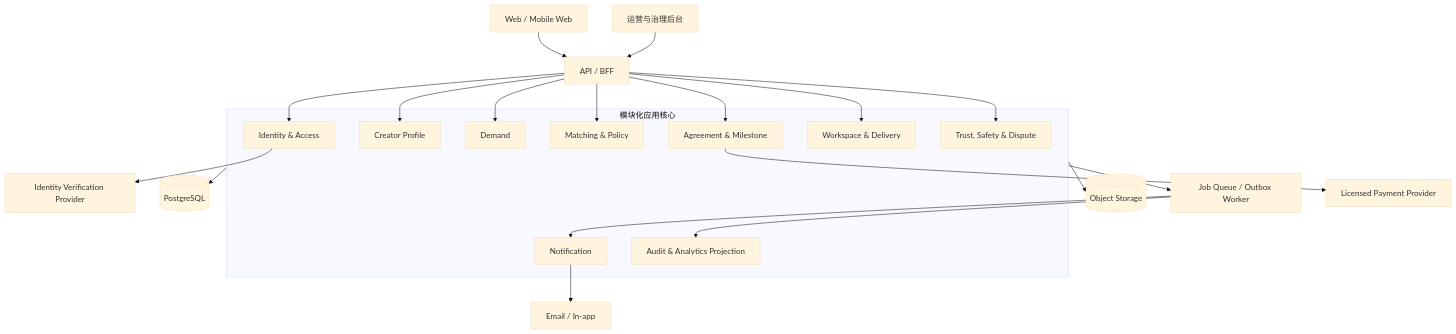
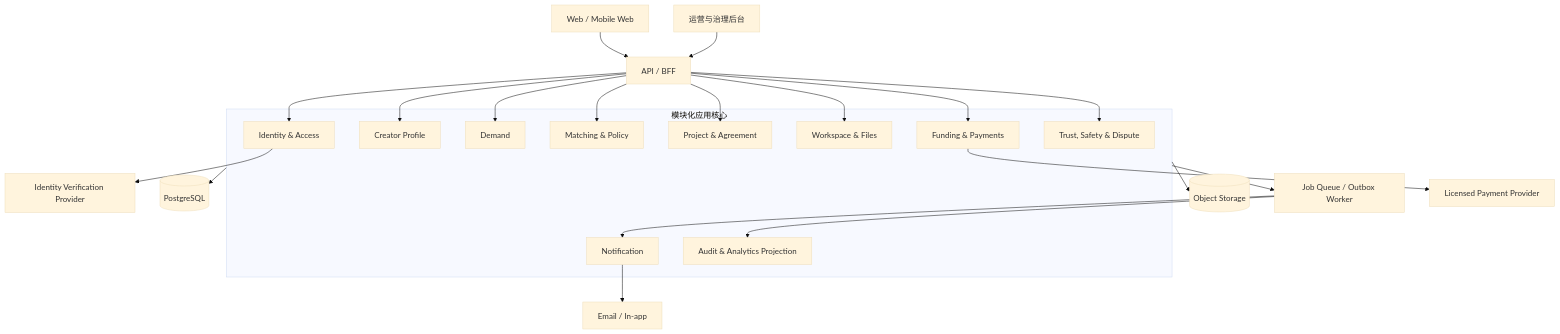
Before and after one commit to BillShiyaoZhang/desire-supply: the diagram in docs/architecture/target-platform.md, drawn with Mermaid (base theme). The commit also changed other lines of this file and 64 other files, not shown here.

Commit message:
docs: document platform architecture and delivery

````diff
--- a/docs/architecture/target-platform.md
+++ b/docs/architecture/target-platform.md
@@ -11,33 +11,35 @@
 ```mermaid
 flowchart TB
     Web["Web / Mobile Web"] --> BFF["API / BFF"]
     Ops["运营与治理后台"] --> BFF
 
     subgraph Core["模块化应用核心"]
       IAM["Identity & Access"]
       PROFILE["Creator Profile"]
       DEMAND["Demand"]
       MATCH["Matching & Policy"]
-      AGREEMENT["Agreement & Milestone"]
-      WORK["Workspace & Delivery"]
+      PROJECT["Project & Agreement"]
+      WORK["Workspace & Files"]
+      PAYMENT["Funding & Payments"]
       TRUST["Trust, Safety & Dispute"]
       NOTIFY["Notification"]
       ANALYTICS["Audit & Analytics Projection"]
     end
 
     BFF --> IAM
     BFF --> PROFILE
     BFF --> DEMAND
     BFF --> MATCH
-    BFF --> AGREEMENT
+    BFF --> PROJECT
     BFF --> WORK
+    BFF --> PAYMENT
     BFF --> TRUST
     Core --> DB[("PostgreSQL")]
     Core --> OBJ[("Object Storage")]
     Core --> Q["Job Queue / Outbox Worker"]
     Q --> NOTIFY
     Q --> ANALYTICS
-    AGREEMENT --> PAY["Licensed Payment Provider"]
+    PAYMENT --> PAY["Licensed Payment Provider"]
     IAM --> IDV["Identity Verification Provider"]
     NOTIFY --> MSG["Email / In-app"]
 ```
````
